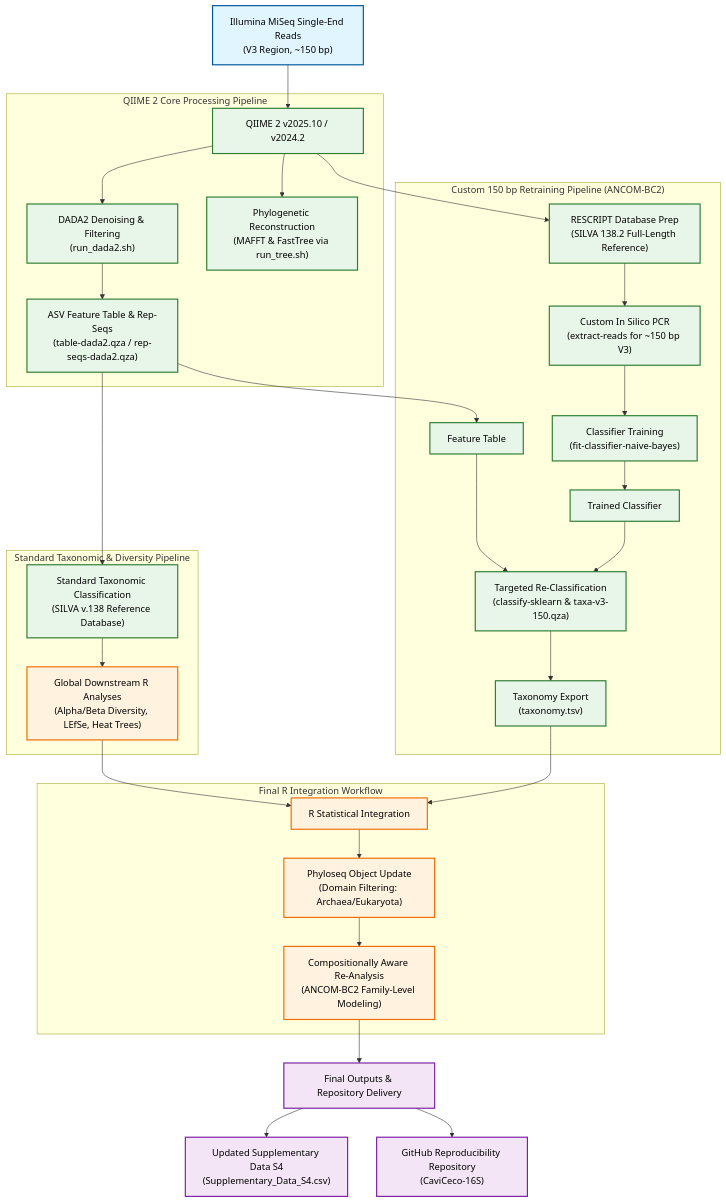
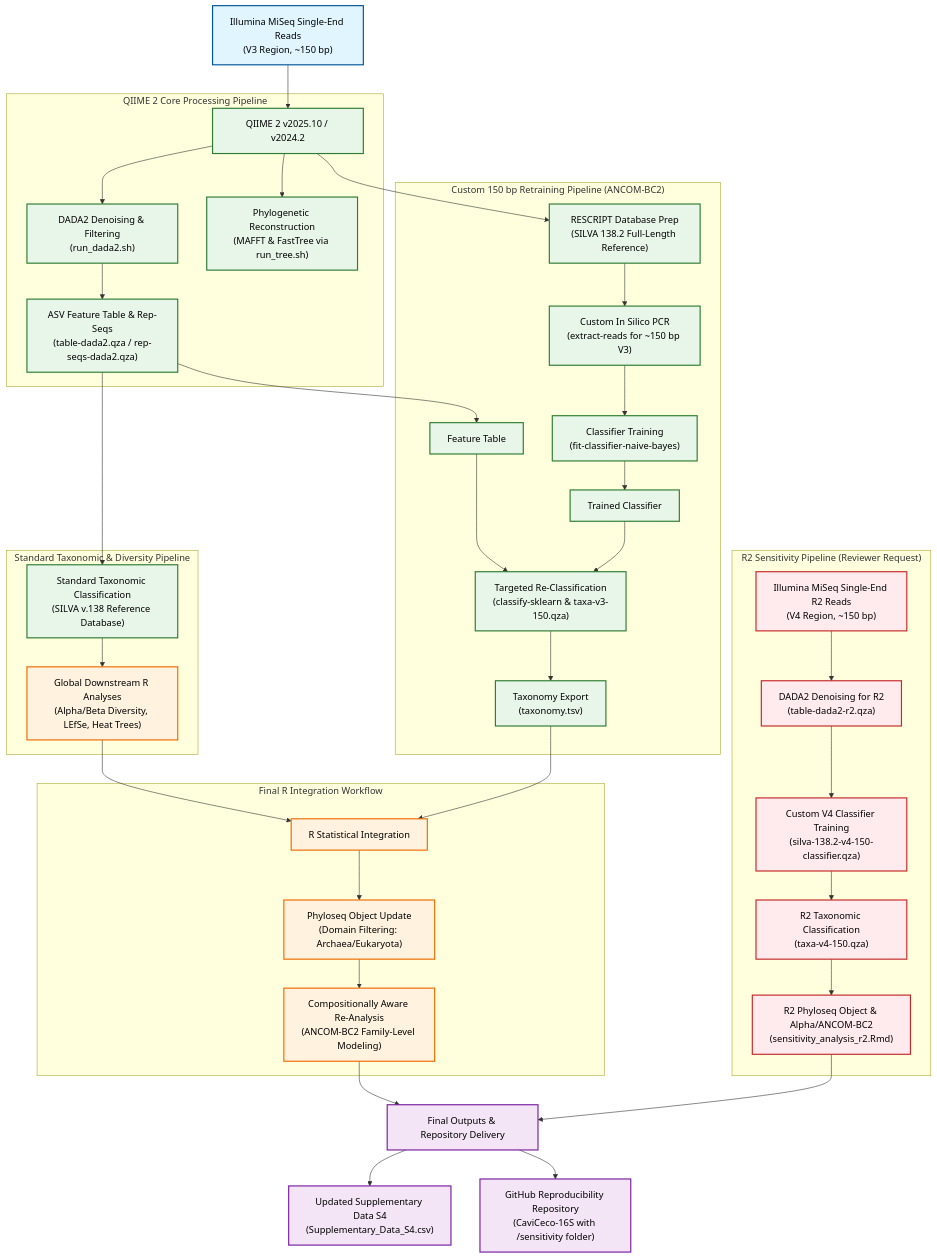
The diagram in README.md (Elcornevic/CaviCeco-16S), drawn with Mermaid before and after one commit. The commit also changed other lines of this file, not shown here.

````diff
--- a/README.md
+++ b/README.md
@@ -103,43 +113,52 @@
 ```mermaid
 graph TD
     %% Styling
     classDef process fill:#e1f5fe,stroke:#01579b,stroke-width:2px,color:#000;
     classDef qiime fill:#e8f5e9,stroke:#2e7d32,stroke-width:2px,color:#000;
     classDef rscript fill:#fff3e0,stroke:#ef6c00,stroke-width:2px,color:#000;
     classDef output fill:#f3e5f5,stroke:#7b1fa2,stroke-width:2px,color:#000;
+    classDef sensitivity fill:#ffebee,stroke:#c62828,stroke-width:2px,color:#000;
 
     A["Illumina MiSeq Single-End Reads<br>(V3 Region, ~150 bp)"]:::process --> B["QIIME 2 v2025.10 / v2024.2"]:::qiime
     
     subgraph QIIME2_Core ["QIIME 2 Core Processing Pipeline"]
         B --> C["DADA2 Denoising & Filtering<br>(run_dada2.sh)"]:::qiime
         B --> D["Phylogenetic Reconstruction<br>(MAFFT & FastTree via run_tree.sh)"]:::qiime
         C --> E["ASV Feature Table & Rep-Seqs<br>(table-dada2.qza / rep-seqs-dada2.qza)"]:::qiime
     end
 
     subgraph Standard_Taxonomy ["Standard Taxonomic & Diversity Pipeline"]
         E --> F["Standard Taxonomic Classification<br>(SILVA v.138 Reference Database)"]:::qiime
         F --> G["Global Downstream R Analyses<br>(Alpha/Beta Diversity, LEfSe, Heat Trees)"]:::rscript
     end
 
     subgraph Custom_Classifier ["Custom 150 bp Retraining Pipeline (ANCOM-BC2)"]
         B --> H["RESCRIPT Database Prep<br>(SILVA 138.2 Full-Length Reference)"]:::qiime
         H --> I["Custom In Silico PCR<br>(extract-reads for ~150 bp V3)"]:::qiime
         I --> J["Classifier Training<br>(fit-classifier-naive-bayes)"]:::qiime
         E --> K1["Feature Table"]:::qiime
         J --> K2["Trained Classifier"]:::qiime
         K1 & K2 --> K["Targeted Re-Classification<br>(classify-sklearn & taxa-v3-150.qza)"]:::qiime
         K --> L["Taxonomy Export<br>(taxonomy.tsv)"]:::qiime
     end
 
+    subgraph Sensitivity_Pipeline ["R2 Sensitivity Pipeline (Reviewer Request)"]
+        S1["Illumina MiSeq Single-End R2 Reads<br>(V4 Region, ~150 bp)"]:::sensitivity --> S2["DADA2 Denoising for R2<br>(table-dada2-r2.qza)"]:::sensitivity
+        S2 --> S3["Custom V4 Classifier Training<br>(silva-138.2-v4-150-classifier.qza)"]:::sensitivity
+        S3 --> S4["R2 Taxonomic Classification<br>(taxa-v4-150.qza)"]:::sensitivity
+        S4 --> S5["R2 Phyloseq Object & Alpha/ANCOM-BC2<br>(sensitivity_analysis_r2.Rmd)"]:::sensitivity
+    end
+
     G --> M["R Statistical Integration"]:::rscript
     L --> M
     
     subgraph Final_Integration ["Final R Integration Workflow"]
         M --> N["Phyloseq Object Update<br>(Domain Filtering: Archaea/Eukaryota)"]:::rscript
         N --> O["Compositionally Aware Re-Analysis<br>(ANCOM-BC2 Family-Level Modeling)"]:::rscript
     end
 
     O --> P["Final Outputs & Repository Delivery"]:::output
+    S5 --> P
     P --> Q["Updated Supplementary Data S4<br>(Supplementary_Data_S4.csv)"]:::output
-    P --> R["GitHub Reproducibility Repository<br>(CaviCeco-16S)"]:::output
+    P --> R["GitHub Reproducibility Repository<br>(CaviCeco-16S with /sensitivity folder)"]:::output
 ```
````
